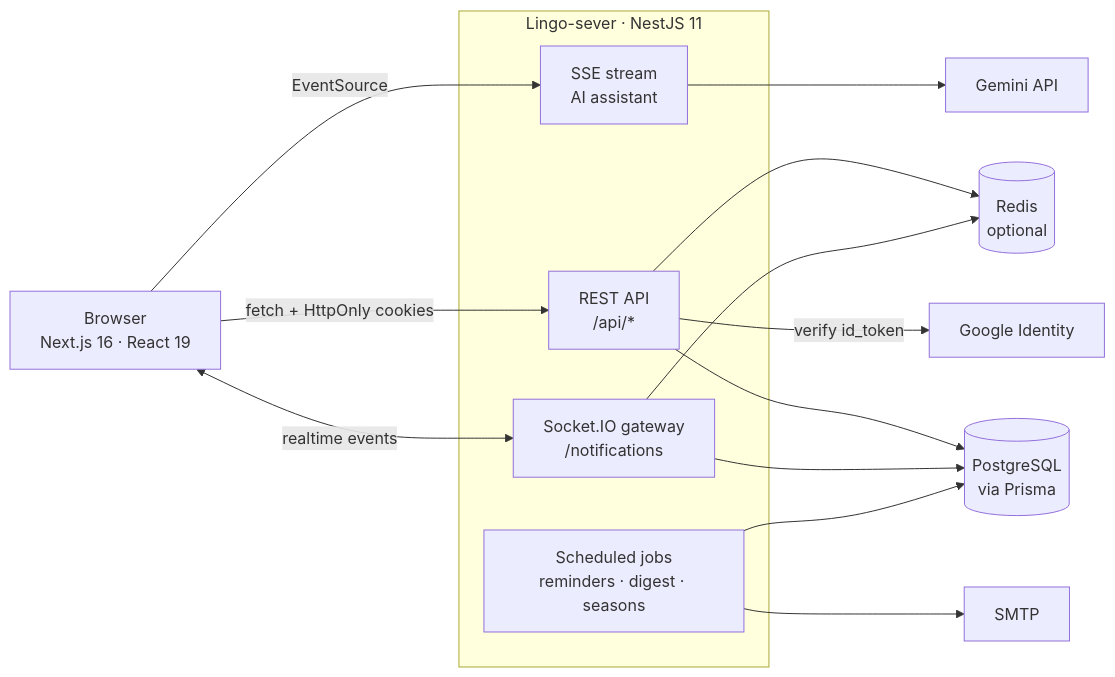
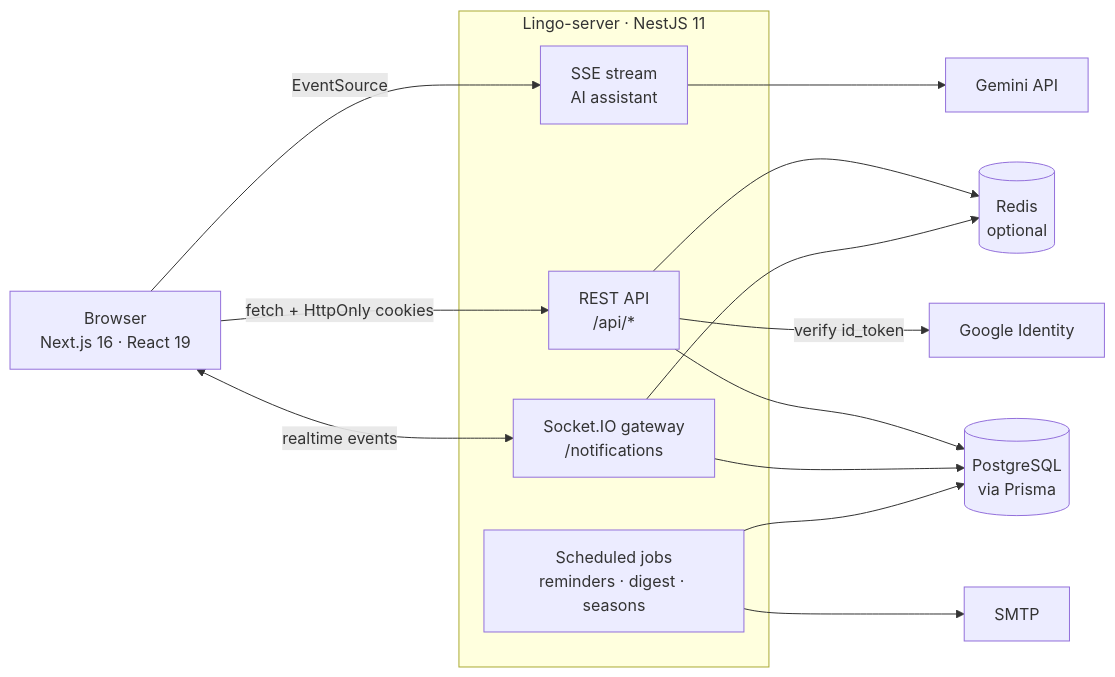
One commit to Dungnony/Lingo-client changed the diagram in README.md. Above: the diagram before and after it, drawn with Mermaid. The commit also changed other lines of this file and 5 other files, not shown here.

````diff
--- a/README.md
+++ b/README.md
@@ -58,27 +58,27 @@
 ```mermaid
 flowchart LR
     Browser["Browser<br/>Next.js 16 · React 19"]
-    subgraph Server["Lingo-sever · NestJS 11"]
+    subgraph Server["Lingo-server · NestJS 11"]
         REST["REST API<br/>/api/*"]
         WS["Socket.IO gateway<br/>/notifications"]
         SSE["SSE stream<br/>AI assistant"]
         Cron["Scheduled jobs<br/>reminders · digest · seasons"]
     end
     DB[("PostgreSQL<br/>via Prisma")]
     Redis[("Redis<br/>optional")]
     Gemini["Gemini API"]
     Google["Google Identity"]
     SMTP["SMTP"]
 
     Browser -- "fetch + HttpOnly cookies" --> REST
     Browser <-- "realtime events" --> WS
     Browser -- "EventSource" --> SSE
     REST --> DB
     WS --> DB
     Cron --> DB
     REST --> Redis
     WS --> Redis
     SSE --> Gemini
     REST -- "verify id_token" --> Google
     Cron --> SMTP
 ```
````
